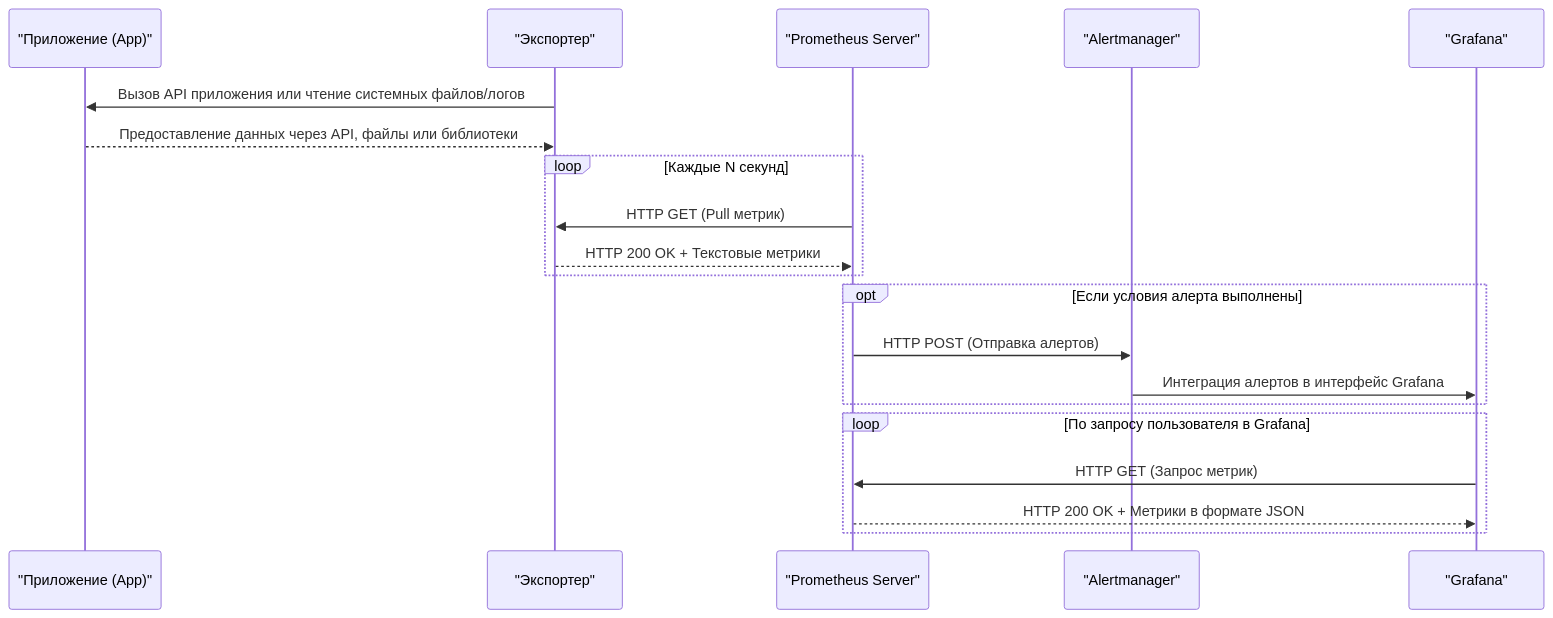
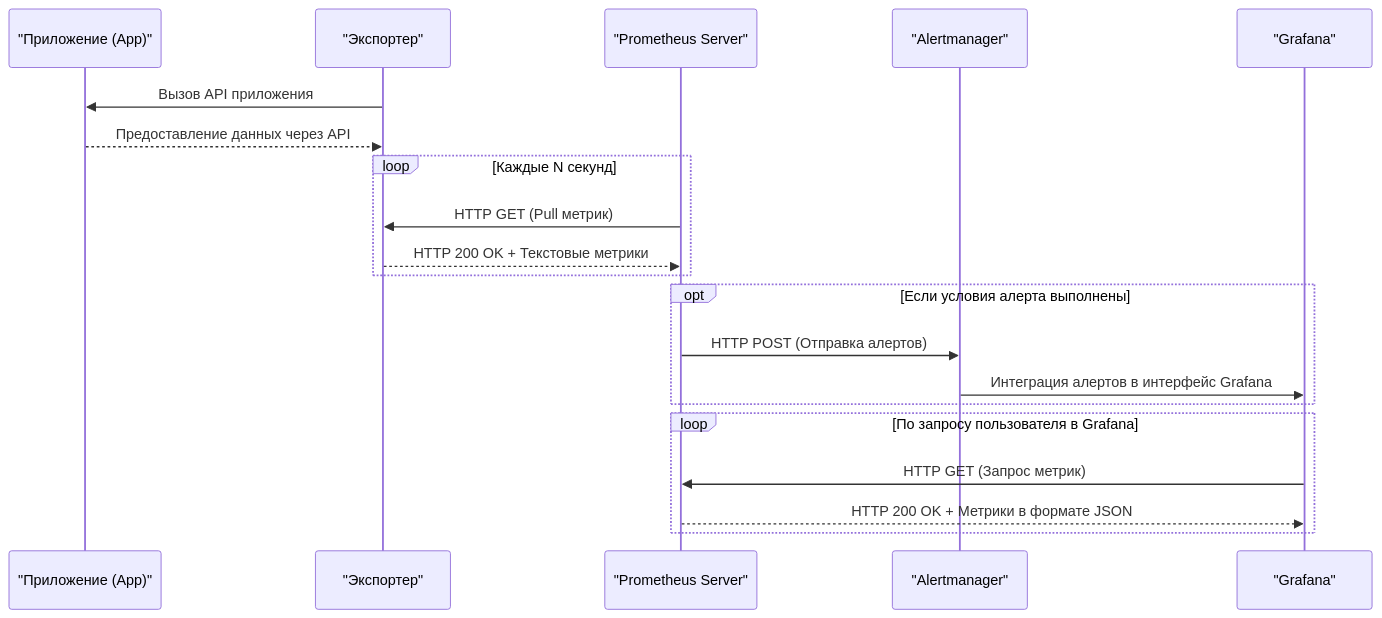
One commit to lamjob1993/linux-monitoring changed the diagram in prometheus/beginning/9. Алертинг. Alertmanager.md. Above: the diagram before and after it, drawn with Mermaid.

Commit message:
Update 9. Алертинг. Alertmanager.md

````diff
--- a/prometheus/beginning/9. Алертинг. Alertmanager.md
+++ b/prometheus/beginning/9. Алертинг. Alertmanager.md
@@ -7,26 +7,26 @@
 ```mermaid
 sequenceDiagram
     participant App as "Приложение (App)"
     participant Exporter as "Экспортер"
     participant Prometheus as "Prometheus Server"
     participant Alertmanager as "Alertmanager"
     participant Grafana as "Grafana"
 
-    Exporter->>App: Вызов API приложения или чтение системных файлов/логов
-    App-->>Exporter: Предоставление данных через API, файлы или библиотеки
+    Exporter->>App: Вызов API приложения
+    App-->>Exporter: Предоставление данных через API
 
     loop Каждые N секунд
         Prometheus->>Exporter: HTTP GET (Pull метрик)
         Exporter-->>Prometheus: HTTP 200 OK + Текстовые метрики
     end
 
     opt Если условия алерта выполнены
         Prometheus->>Alertmanager: HTTP POST (Отправка алертов)
         Alertmanager->>Grafana: Интеграция алертов в интерфейс Grafana
     end
 
     loop По запросу пользователя в Grafana
         Grafana->>Prometheus: HTTP GET (Запрос метрик)
         Prometheus-->>Grafana: HTTP 200 OK + Метрики в формате JSON
     end
 ```
````
